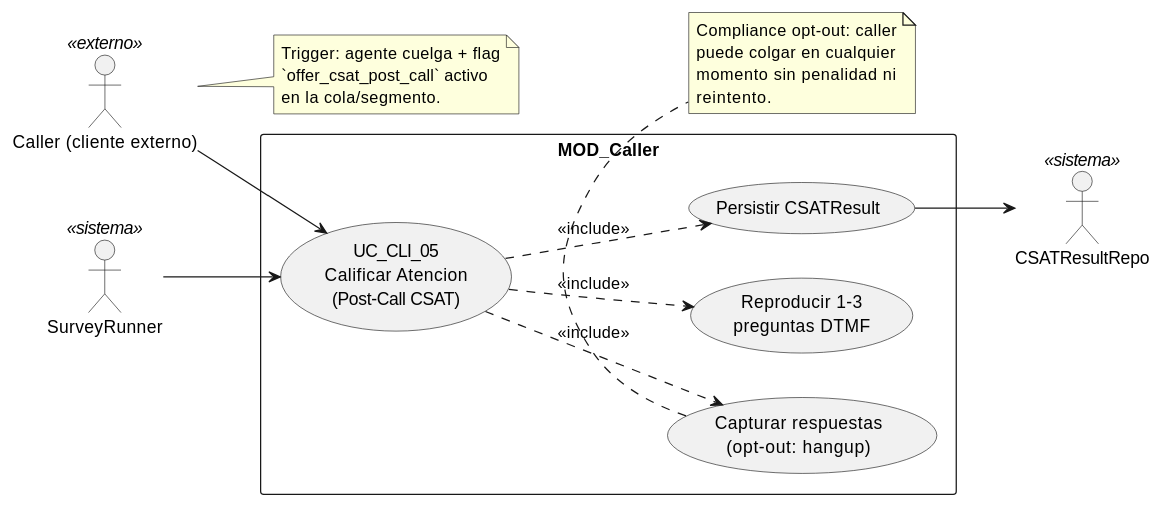
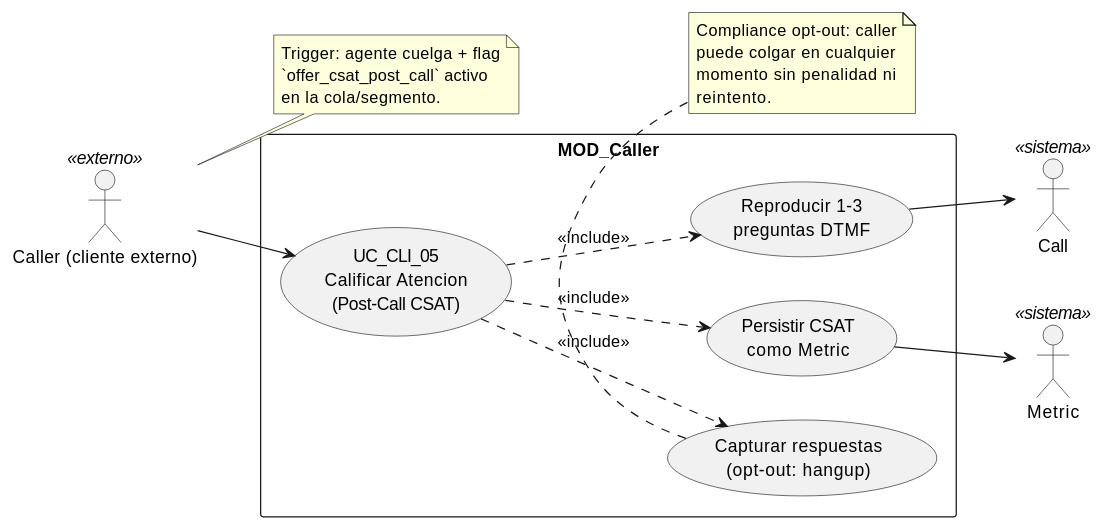
One commit to jcg-admin/IACT-docs changed the diagram in source/requisitos/casos-uso/caller/uc-cli-05/diagramas-uml/diagrama-de-caso-de-uso.rst. Above: the diagram before and after it, drawn with PlantUML. The commit also changed other lines of this file and 52 other files, not shown here.

```diff
--- a/source/requisitos/casos-uso/caller/uc-cli-05/diagramas-uml/diagrama-de-caso-de-uso.rst
+++ b/source/requisitos/casos-uso/caller/uc-cli-05/diagramas-uml/diagrama-de-caso-de-uso.rst
@@ -4,41 +4,41 @@
 .. uml::
  :caption: UC_CLI_05 — actores y casos asociados
 
  @startuml
 
  left to right direction
 
  actor "Caller (cliente externo)" as CALLER <<externo>>
- actor "SurveyRunner" as SURVEY <<sistema>>
- actor "CSATResultRepo" as REPO <<sistema>>
+ actor "Call" as CALL <<sistema>>
+ actor "Metric" as METRIC <<sistema>>
 
  rectangle "MOD_Caller" {
    usecase "UC_CLI_05\nCalificar Atencion\n(Post-Call CSAT)" as UC_CLI_05
    usecase "Reproducir 1-3\npreguntas DTMF" as PREGUNTAR
    usecase "Capturar respuestas\n(opt-out: hangup)" as CAPTURAR
-   usecase "Persistir CSATResult" as PERSISTIR
+   usecase "Persistir CSAT\ncomo Metric" as PERSISTIR
  }
 
  CALLER --> UC_CLI_05
- SURVEY --> UC_CLI_05
 
  UC_CLI_05 ..> PREGUNTAR : <<include>>
  UC_CLI_05 ..> CAPTURAR : <<include>>
  UC_CLI_05 ..> PERSISTIR : <<include>>
 
- PERSISTIR --> REPO
+ PREGUNTAR --> CALL
+ PERSISTIR --> METRIC
 
  note bottom of CAPTURAR
    Compliance opt-out: caller
    puede colgar en cualquier
    momento sin penalidad ni
    reintento.
  end note
 
  note right of CALLER
    Trigger: agente cuelga + flag
    `offer_csat_post_call` activo
    en la cola/segmento.
  end note
 
  @enduml
```
